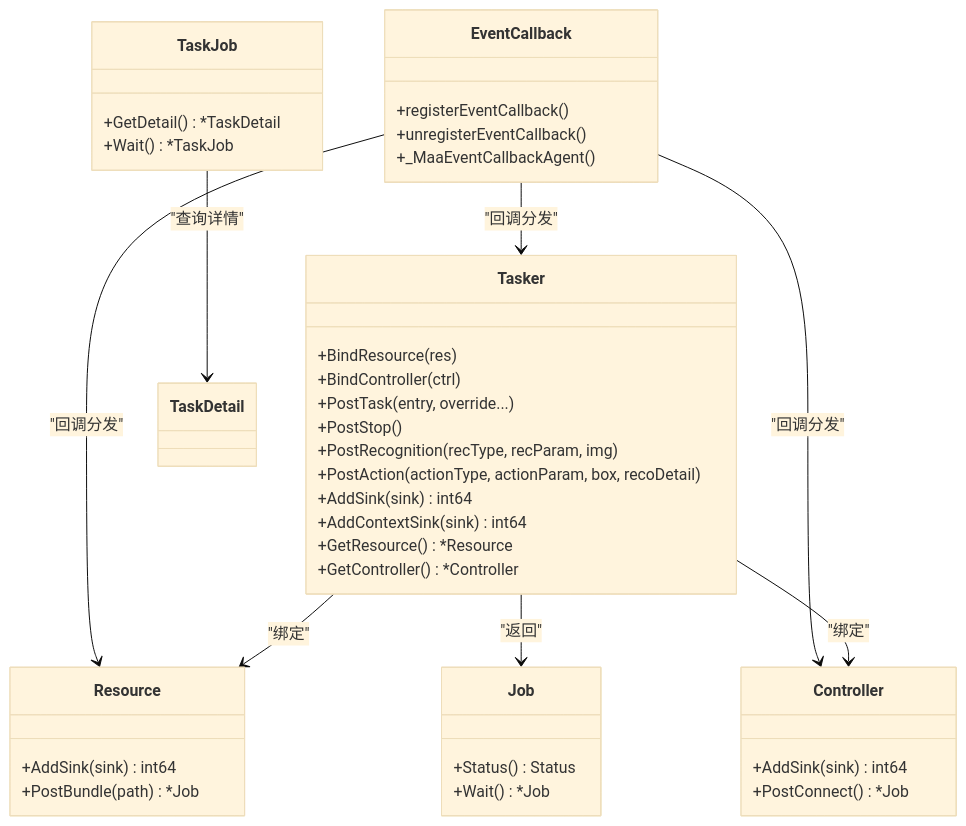
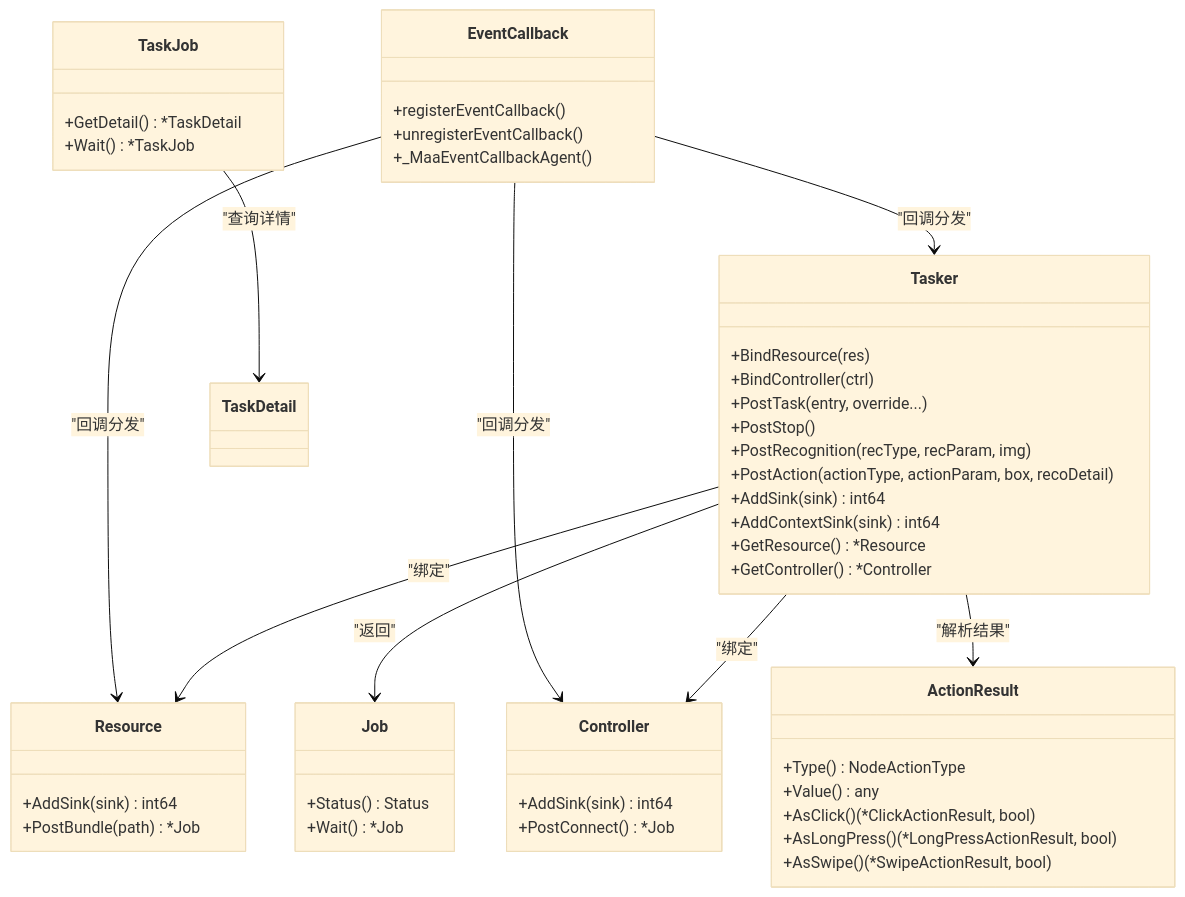
One commit to kqcoxn/MaaPipelineEditor changed the seventh of 8 diagrams in instructions/maafw-golang-binding/核心概念/任务管理器 (Tasker).md. Above: the diagram before and after it, drawn with Mermaid (base theme). The commit also changed other lines of this file and 10 other files, not shown here.

````diff
--- a/instructions/maafw-golang-binding/核心概念/任务管理器 (Tasker).md
+++ b/instructions/maafw-golang-binding/核心概念/任务管理器 (Tasker).md
@@ -257,43 +382,51 @@
 ```mermaid
 classDiagram
 class Tasker {
 +BindResource(res)
 +BindController(ctrl)
 +PostTask(entry, override...)
 +PostStop()
 +PostRecognition(recType, recParam, img)
 +PostAction(actionType, actionParam, box, recoDetail)
 +AddSink(sink) int64
 +AddContextSink(sink) int64
 +GetResource() *Resource
 +GetController() *Controller
 }
 class Resource {
 +AddSink(sink) int64
 +PostBundle(path) *Job
 }
 class Controller {
 +AddSink(sink) int64
 +PostConnect() *Job
 }
 class Job {
 +Status() Status
 +Wait() *Job
 }
 class TaskJob {
 +GetDetail() *TaskDetail
 +Wait() *TaskJob
 }
 class EventCallback {
 +registerEventCallback()
 +unregisterEventCallback()
 +_MaaEventCallbackAgent()
 }
+class ActionResult {
++Type() NodeActionType
++Value() any
++AsClick() (*ClickActionResult, bool)
++AsLongPress() (*LongPressActionResult, bool)
++AsSwipe() (*SwipeActionResult, bool)
+}
 Tasker --> Resource : "绑定"
 Tasker --> Controller : "绑定"
 Tasker --> Job : "返回"
+Tasker --> ActionResult : "解析结果"
 TaskJob --> TaskDetail : "查询详情"
 EventCallback --> Tasker : "回调分发"
 EventCallback --> Resource : "回调分发"
 EventCallback --> Controller : "回调分发"
 ```
````
